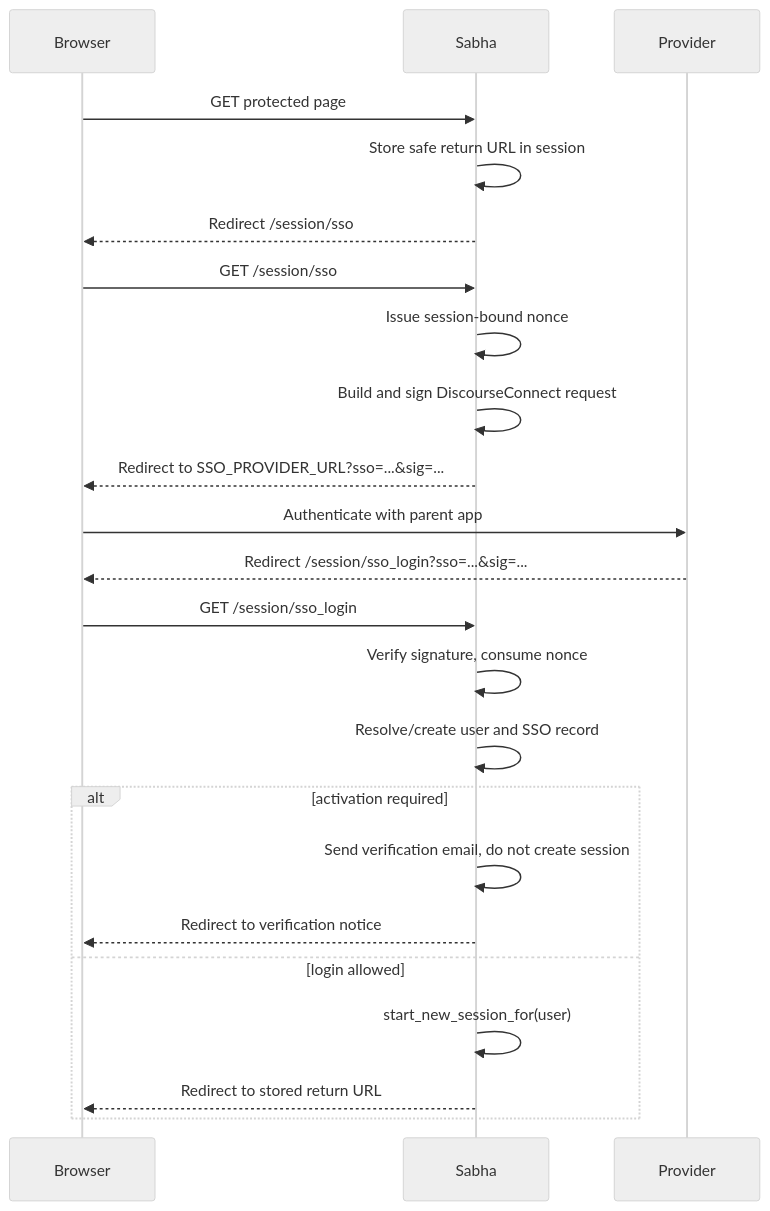
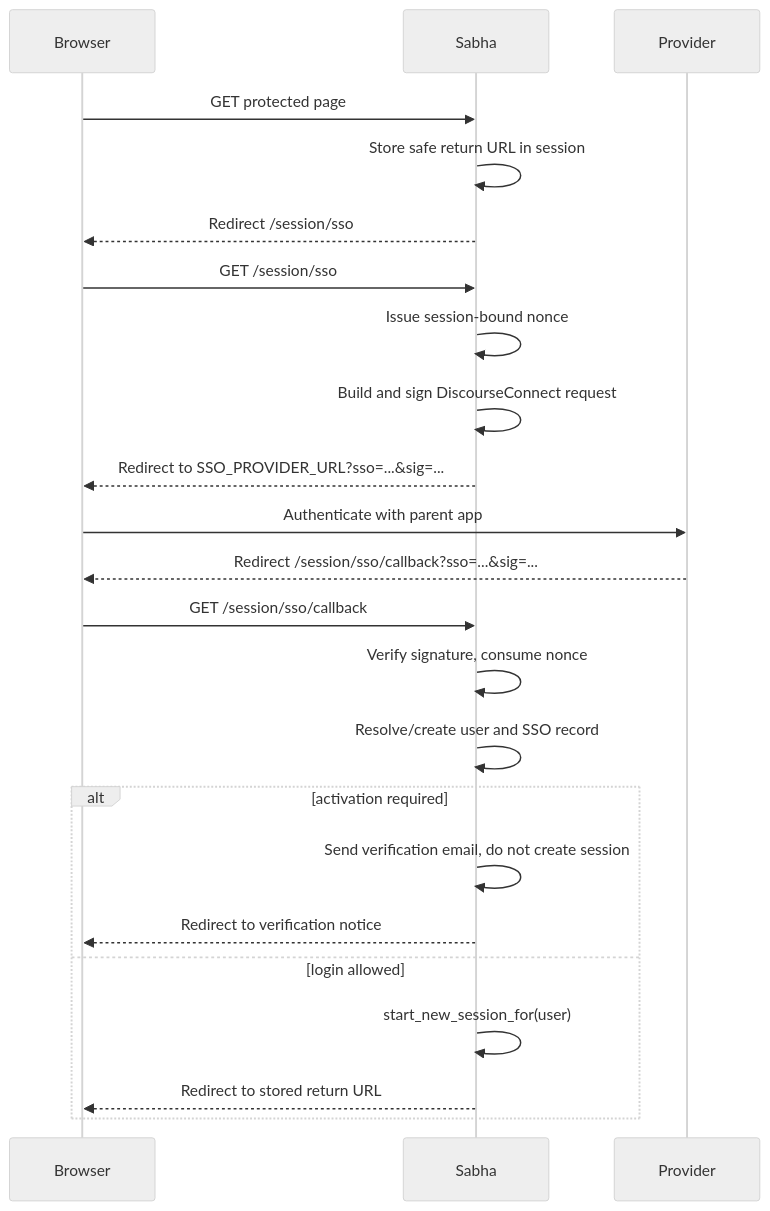
The first of 2 diagrams in docs/plans/sso-plan.md (sabha-co/sabha), drawn with Mermaid (neutral theme) before and after one commit. The commit also changed other lines of this file and 16 other files, not shown here.

````diff
--- a/docs/plans/sso-plan.md
+++ b/docs/plans/sso-plan.md
@@ -140,26 +139,26 @@
 ```mermaid
 sequenceDiagram
     participant Browser
     participant Sabha
     participant Provider
 
     Browser->>Sabha: GET protected page
     Sabha->>Sabha: Store safe return URL in session
     Sabha-->>Browser: Redirect /session/sso
     Browser->>Sabha: GET /session/sso
     Sabha->>Sabha: Issue session-bound nonce
     Sabha->>Sabha: Build and sign DiscourseConnect request
     Sabha-->>Browser: Redirect to SSO_PROVIDER_URL?sso=...&sig=...
     Browser->>Provider: Authenticate with parent app
-    Provider-->>Browser: Redirect /session/sso_login?sso=...&sig=...
-    Browser->>Sabha: GET /session/sso_login
+    Provider-->>Browser: Redirect /session/sso/callback?sso=...&sig=...
+    Browser->>Sabha: GET /session/sso/callback
     Sabha->>Sabha: Verify signature, consume nonce
     Sabha->>Sabha: Resolve/create user and SSO record
     alt activation required
         Sabha->>Sabha: Send verification email, do not create session
         Sabha-->>Browser: Redirect to verification notice
     else login allowed
         Sabha->>Sabha: start_new_session_for(user)
         Sabha-->>Browser: Redirect to stored return URL
     end
 ```
````
